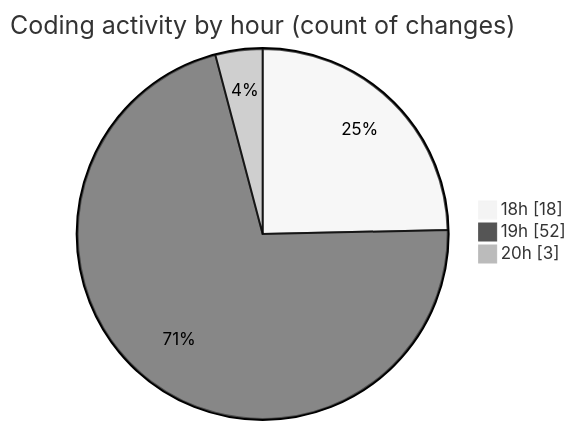
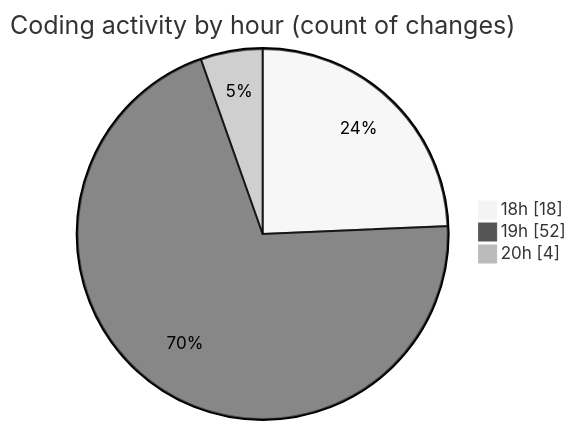
One commit to ernivani/code-tracking changed the second of 2 diagrams in 2025-01-03/my-code-activity-ext/README.md. Above: the diagram before and after it, drawn with Mermaid (neutral theme). The commit also changed other lines of this file and 6 other files, not shown here.

````diff
--- a/2025-01-03/my-code-activity-ext/README.md
+++ b/2025-01-03/my-code-activity-ext/README.md
@@ -45,7 +45,7 @@
 ```mermaid
 pie showData
 title Coding activity by hour (count of changes)
 "18h" : 18
 "19h" : 52
-"20h" : 3
+"20h" : 4
 ```
````
